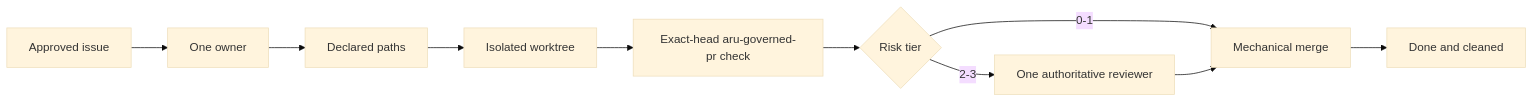
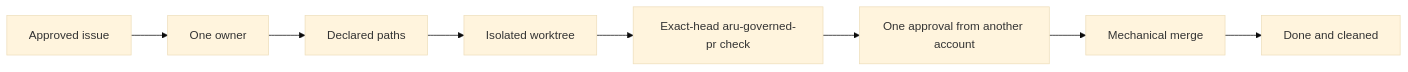
Before and after one commit to gillella/Aru_Agentic_SDLC: the first of 5 diagrams in docs/OPERATIONS.md, drawn with Mermaid (base theme). The commit also changed other lines of this file and 89 other files, not shown here.

First line of the commit message:
feat(review): require one approval from another account

````diff
--- a/docs/OPERATIONS.md
+++ b/docs/OPERATIONS.md
@@ -42,12 +42,10 @@
 ```mermaid
 flowchart LR
     APPROVED[Approved issue] --> OWNED[One owner]
     OWNED --> BOUNDED[Declared paths]
     BOUNDED --> ISOLATED[Isolated worktree]
     ISOLATED --> VERIFIED[Exact-head aru-governed-pr check]
-    VERIFIED --> RISK{Risk tier}
-    RISK -->|0-1| MERGED[Mechanical merge]
-    RISK -->|2-3| REVIEWED[One authoritative reviewer]
-    REVIEWED --> MERGED
+    VERIFIED --> REVIEWED[One approval from another account]
+    REVIEWED --> MERGED[Mechanical merge]
     MERGED --> CLOSED[Done and cleaned]
 ```
````
